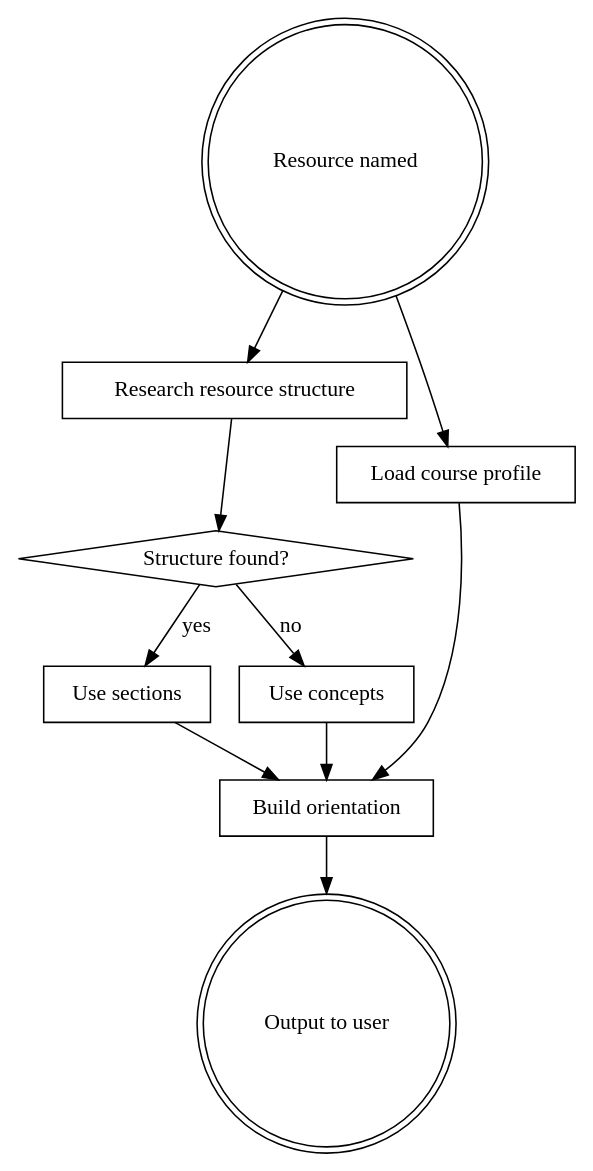
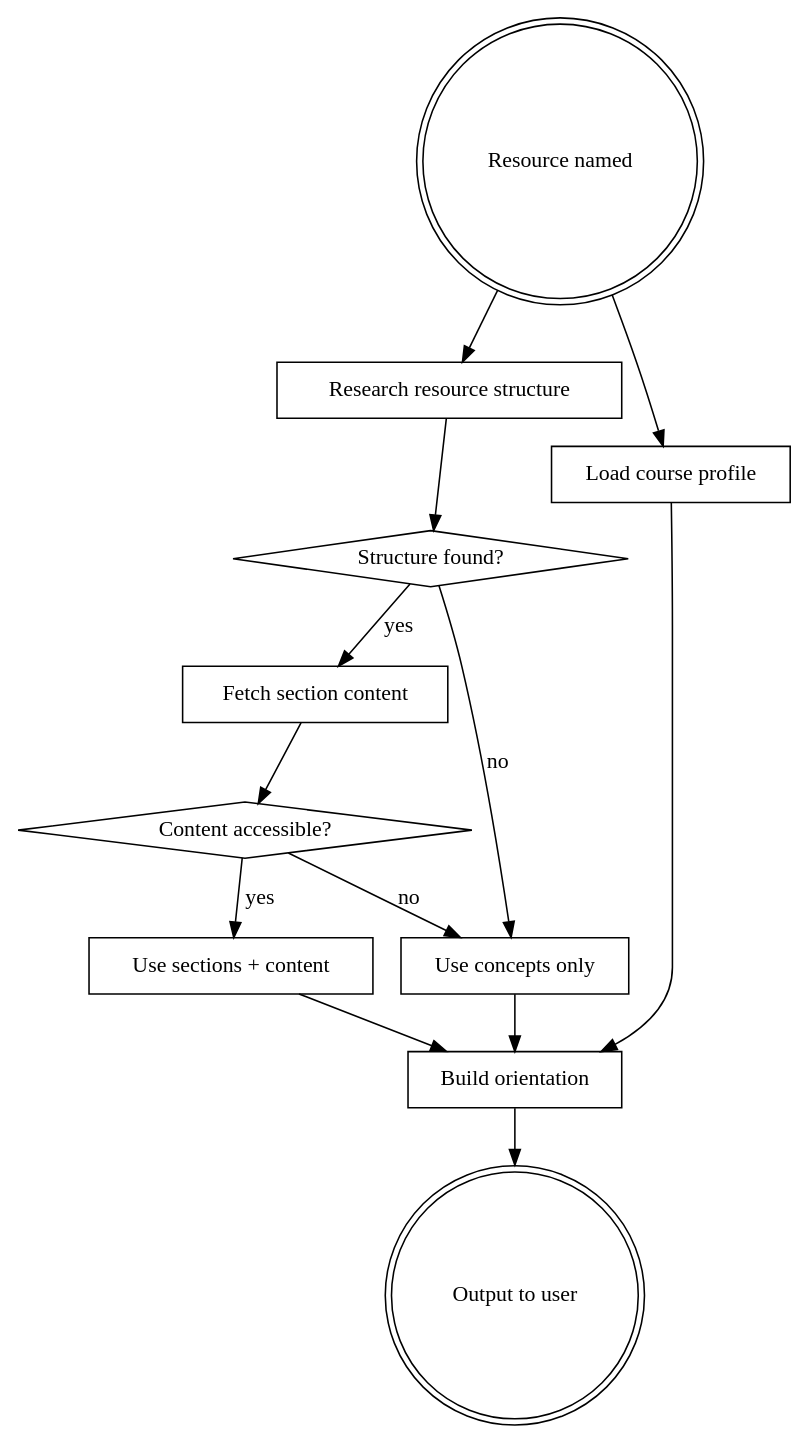
Before and after one commit to hirojinho/marginalia: the diagram in skills/resource-orientation/SKILL.md, drawn with Graphviz. The commit also changed other lines of this file, not shown here.

First line of the commit message:
feat(skill): resource-orientation fetches section content before orienting

````diff
--- a/skills/resource-orientation/SKILL.md
+++ b/skills/resource-orientation/SKILL.md
@@ -21,22 +21,27 @@
 ```dot
 digraph orientation {
     "Resource named" [shape=doublecircle];
     "Research resource structure" [shape=box];
+    "Fetch section content" [shape=box];
     "Load course profile" [shape=box];
     "Structure found?" [shape=diamond];
-    "Use sections" [shape=box];
-    "Use concepts" [shape=box];
+    "Content accessible?" [shape=diamond];
+    "Use sections + content" [shape=box];
+    "Use concepts only" [shape=box];
     "Build orientation" [shape=box];
     "Output to user" [shape=doublecircle];
 
     "Resource named" -> "Research resource structure";
     "Resource named" -> "Load course profile";
     "Research resource structure" -> "Structure found?";
-    "Structure found?" -> "Use sections" [label="yes"];
-    "Structure found?" -> "Use concepts" [label="no"];
-    "Use sections" -> "Build orientation";
-    "Use concepts" -> "Build orientation";
+    "Structure found?" -> "Fetch section content" [label="yes"];
+    "Structure found?" -> "Use concepts only" [label="no"];
+    "Fetch section content" -> "Content accessible?";
+    "Content accessible?" -> "Use sections + content" [label="yes"];
+    "Content accessible?" -> "Use concepts only" [label="no"];
+    "Use sections + content" -> "Build orientation";
+    "Use concepts only" -> "Build orientation";
     "Load course profile" -> "Build orientation";
     "Build orientation" -> "Output to user";
 }
 ```
````
